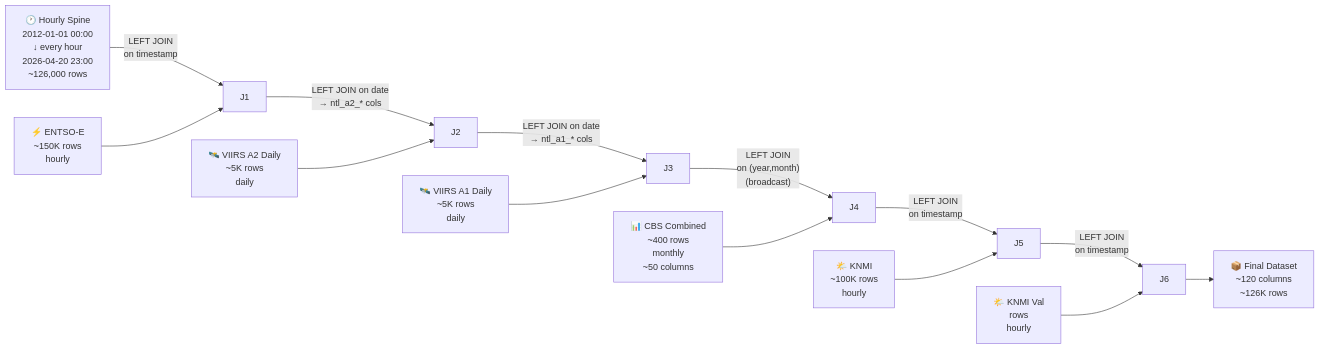
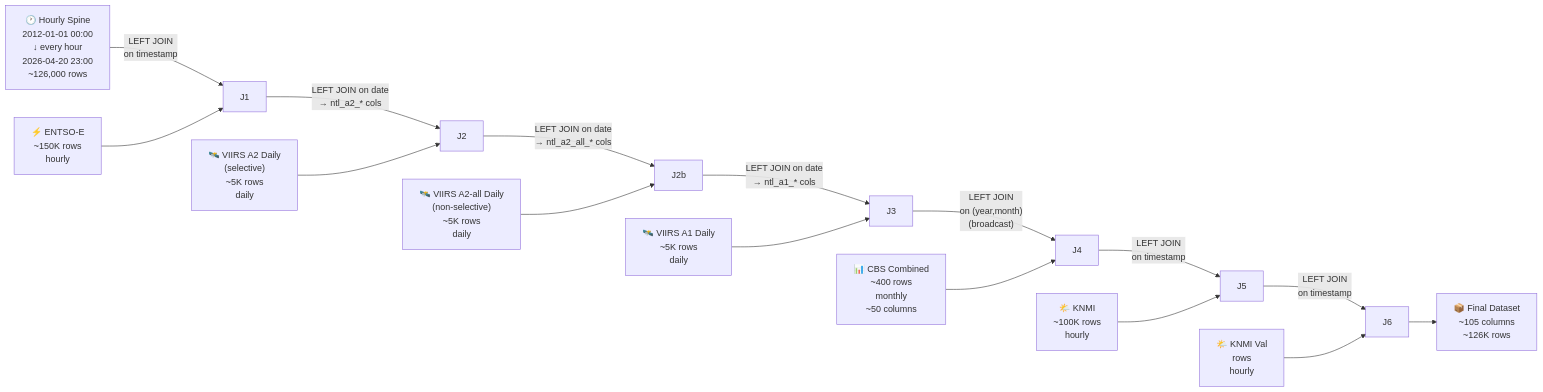
Before and after one commit to malakkhan/energy-demand-forecast-nl: the second of 3 diagrams in pipeline_architecture.md, drawn with Mermaid. The commit also changed other lines of this file and 11 other files, not shown here.

````diff
--- a/pipeline_architecture.md
+++ b/pipeline_architecture.md
@@ -547,31 +576,35 @@
 ```mermaid
 flowchart LR
     SPINE["🕐 Hourly Spine\n2012-01-01 00:00\n   ↓ every hour\n2026-04-20 23:00\n~126,000 rows"]
 
     E["⚡ ENTSO-E\n~150K rows\nhourly"]
-    VA2["🛰️ VIIRS A2 Daily\n~5K rows\ndaily"]
+    VA2["🛰️ VIIRS A2 Daily\n(selective)\n~5K rows\ndaily"]
+    VA2ALL["🛰️ VIIRS A2-all Daily\n(non-selective)\n~5K rows\ndaily"]
     VA1["🛰️ VIIRS A1 Daily\n~5K rows\ndaily"]
     C["📊 CBS Combined\n~400 rows\nmonthly\n~50 columns"]
     K["🌤️ KNMI\n~100K rows\nhourly"]
     KV["🌤️ KNMI Val\nrows\nhourly"]
 
     SPINE -->|"LEFT JOIN\non timestamp"| J1
     E --> J1
 
     J1 -->|"LEFT JOIN on date\n→ ntl_a2_* cols"| J2
     VA2 --> J2
 
-    J2 -->|"LEFT JOIN on date\n→ ntl_a1_* cols"| J3
+    J2 -->|"LEFT JOIN on date\n→ ntl_a2_all_* cols"| J2b
+    VA2ALL --> J2b
+
+    J2b -->|"LEFT JOIN on date\n→ ntl_a1_* cols"| J3
     VA1 --> J3
 
     J3 -->|"LEFT JOIN\non (year,month)\n(broadcast)"| J4
     C --> J4
 
     J4 -->|"LEFT JOIN\non timestamp"| J5
     K --> J5
 
     J5 -->|"LEFT JOIN\non timestamp"| J6
     KV --> J6
 
-    J6 --> OUT["📦 Final Dataset\n~120 columns\n~126K rows"]
+    J6 --> OUT["📦 Final Dataset\n~105 columns\n~126K rows"]
 ```
````
